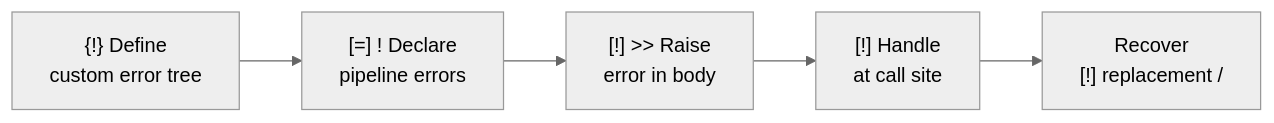
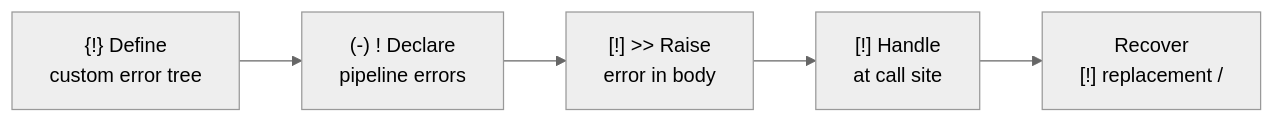
One commit to hasan-alj88/Polyglot changed the first of 2 diagrams in docs/user/concepts/errors.md. Above: the diagram before and after it, drawn with Mermaid (neutral theme). The commit also changed other lines of this file and 356 other files, not shown here.

````diff
--- a/docs/user/concepts/errors.md
+++ b/docs/user/concepts/errors.md
@@ -17,10 +17,10 @@
 ```mermaid
 flowchart LR
     DEF["{!} Define\ncustom error tree"]
-    DEC["[=] ! Declare\npipeline errors"]
+    DEC["(-) ! Declare\npipeline errors"]
     RAISE["[!] >> Raise\nerror in body"]
     HANDLE["[!] Handle\nat call site"]
     RECOVER["Recover\n[!] replacement / <! fallback"]
 
     DEF --> DEC --> RAISE --> HANDLE --> RECOVER
 ```
````
